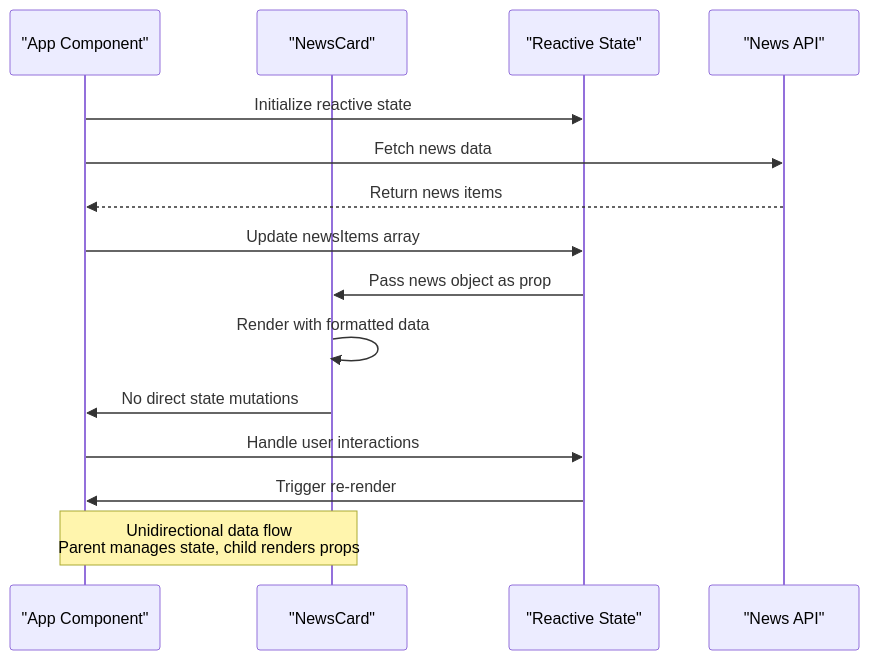
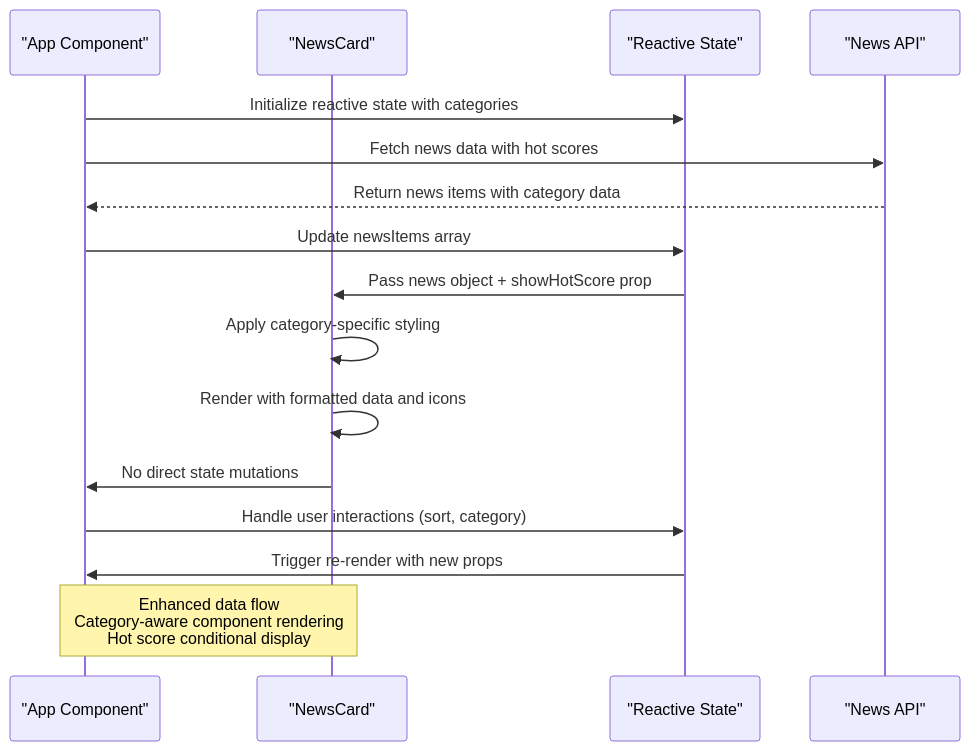
Before and after one commit to zbw-zbw/news-aggregator: the eighth of 9 diagrams in .qoder/repowiki/en/content/Frontend Application/NewsCard Component.md, drawn with Mermaid. The commit also changed other lines of this file and 4 other files, not shown here.

````diff
--- a/.qoder/repowiki/en/content/Frontend Application/NewsCard Component.md
+++ b/.qoder/repowiki/en/content/Frontend Application/NewsCard Component.md
@@ -298,17 +346,18 @@
 ```mermaid
 sequenceDiagram
 participant App as "App Component"
 participant Card as "NewsCard"
 participant State as "Reactive State"
 participant API as "News API"
-App->>State : Initialize reactive state
-App->>API : Fetch news data
-API-->>App : Return news items
+App->>State : Initialize reactive state with categories
+App->>API : Fetch news data with hot scores
+API-->>App : Return news items with category data
 App->>State : Update newsItems array
-State->>Card : Pass news object as prop
-Card->>Card : Render with formatted data
+State->>Card : Pass news object + showHotScore prop
+Card->>Card : Apply category-specific styling
+Card->>Card : Render with formatted data and icons
 Card->>App : No direct state mutations
-App->>State : Handle user interactions
-State->>App : Trigger re-render
-Note over App,Card : Unidirectional data flow<br/>Parent manages state, child renders props
+App->>State : Handle user interactions (sort, category)
+State->>App : Trigger re-render with new props
+Note over App,Card : Enhanced data flow<br/>Category-aware component rendering<br/>Hot score conditional display
 ```
````
